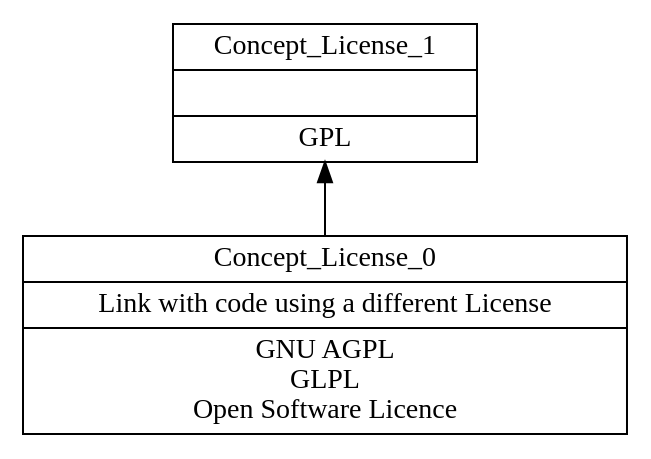
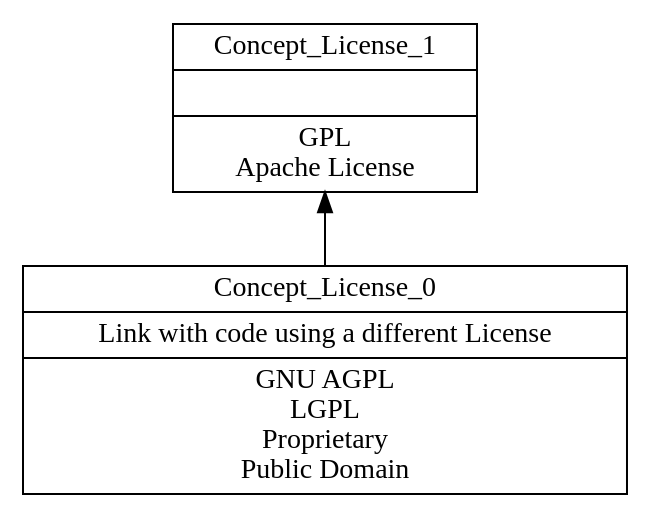
One commit to Theo0/M1S2 changed the diagram in IngeK/TP2/resultatWiki/step1-2.dot. Above: the diagram before and after it, drawn with Graphviz. The commit also changed 180 other files, not shown here.

```diff
--- a/IngeK/TP2/resultatWiki/step1-2.dot
+++ b/IngeK/TP2/resultatWiki/step1-2.dot
@@ -1,6 +1,6 @@
 digraph G { 
 	rankdir=BT;
-1 [shape=record,label="{Concept_License_1||GPL\n}"];
-2 [shape=record,label="{Concept_License_0|Link with code using a different License\n|GNU AGPL\nGLPL\nOpen Software Licence\n}"];
+1 [shape=record,label="{Concept_License_1||GPL\nApache License\n}"];
+2 [shape=record,label="{Concept_License_0|Link with code using a different License\n|GNU AGPL\nLGPL\nProprietary\nPublic Domain\n}"];
 	2 -> 1
 }
```
